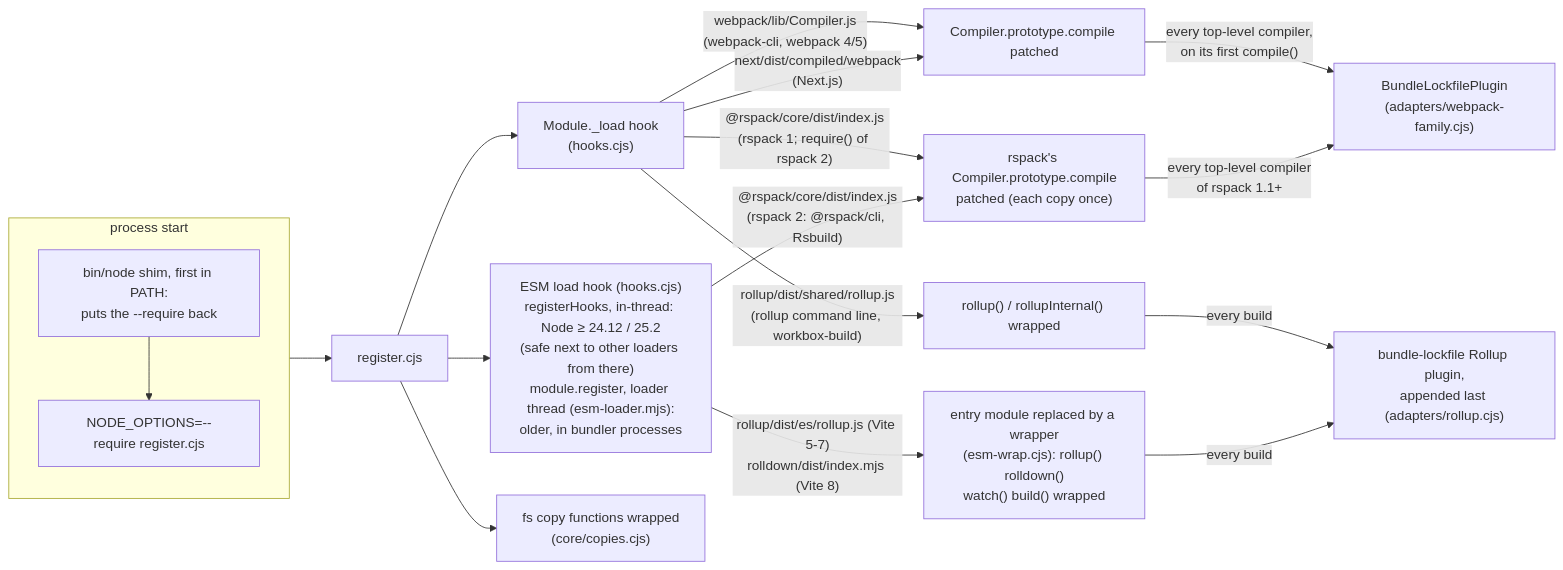
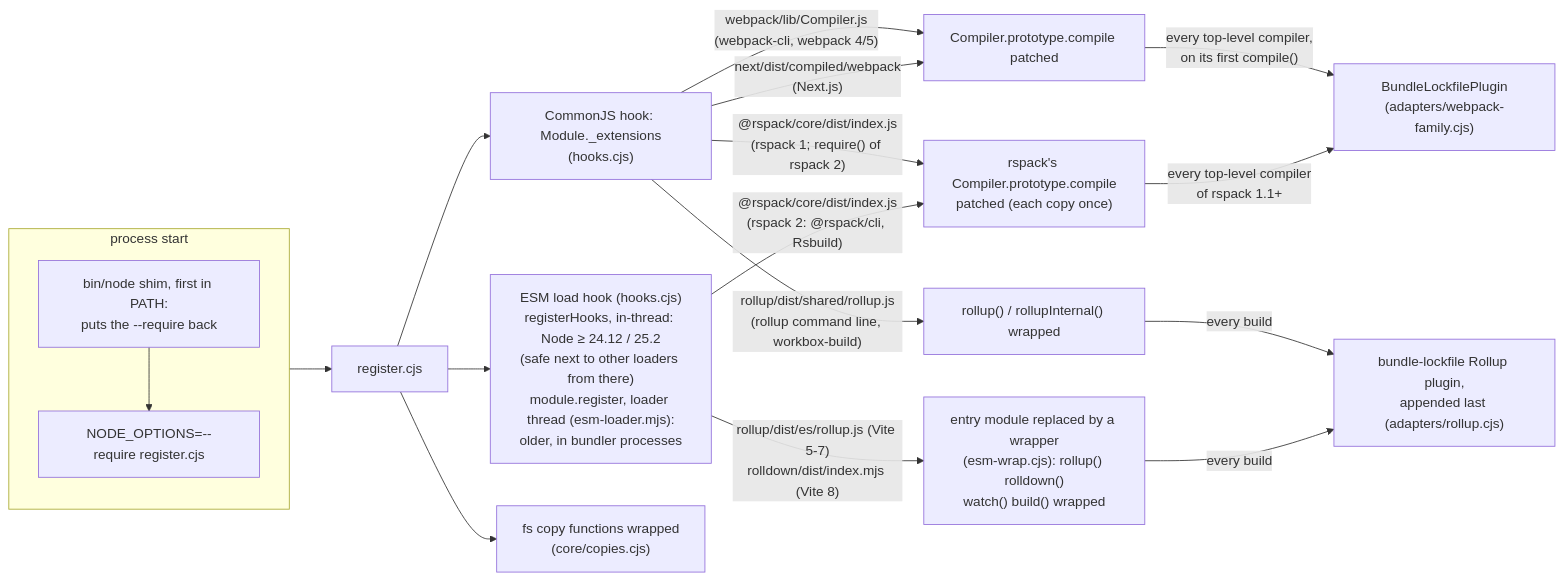
Before and after one commit to toabctl/bundle-lockfile: the first of 5 diagrams in docs/internals.md, drawn with Mermaid. The commit also changed other lines of this file and 6 other files, not shown here.

````diff
--- a/docs/internals.md
+++ b/docs/internals.md
@@ -13,25 +14,25 @@
 ```mermaid
 flowchart LR
   subgraph start["process start"]
     direction TB
     nodeopts["NODE_OPTIONS=--require register.cjs"]
     shim["bin/node shim, first in PATH:<br/>puts the --require back"]
     shim --> nodeopts
   end
   nodeopts --> register["register.cjs"]
-  register --> cjs["Module._load hook<br/>(hooks.cjs)"]
+  register --> cjs["CommonJS hook: Module._extensions<br/>(hooks.cjs)"]
   register --> esm["ESM load hook (hooks.cjs)<br/>registerHooks, in-thread: Node ≥ 24.12 / 25.2<br/>(safe next to other loaders from there)<br/>module.register, loader thread (esm-loader.mjs):<br/>older, in bundler processes"]
   register --> copies["fs copy functions wrapped<br/>(core/copies.cjs)"]
 
   cjs -- "webpack/lib/Compiler.js<br/>(webpack-cli, webpack 4/5)" --> wpatch["Compiler.prototype.compile patched"]
   cjs -- "next/dist/compiled/webpack<br/>(Next.js)" --> wpatch
   cjs -- "@rspack/core/dist/index.js<br/>(rspack 1; require() of rspack 2)" --> rspatch["rspack's Compiler.prototype.compile<br/>patched (each copy once)"]
   esm -- "@rspack/core/dist/index.js<br/>(rspack 2: @rspack/cli, Rsbuild)" --> rspatch
   cjs -- "rollup/dist/shared/rollup.js<br/>(rollup command line, workbox-build)" --> rpatch["rollup() / rollupInternal() wrapped"]
   esm -- "rollup/dist/es/rollup.js (Vite 5-7)<br/>rolldown/dist/index.mjs (Vite 8)" --> wrap["entry module replaced by a wrapper<br/>(esm-wrap.cjs): rollup() rolldown()<br/>watch() build() wrapped"]
 
   wpatch -- "every top-level compiler,<br/>on its first compile()" --> wplugin["BundleLockfilePlugin<br/>(adapters/webpack-family.cjs)"]
   rspatch -- "every top-level compiler<br/>of rspack 1.1+" --> wplugin
   rpatch -- "every build" --> rplugin["bundle-lockfile Rollup plugin,<br/>appended last (adapters/rollup.cjs)"]
   wrap -- "every build" --> rplugin
 ```
````
